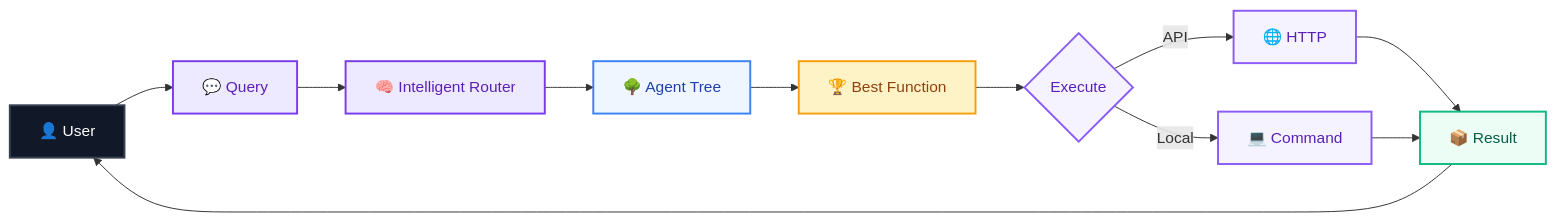
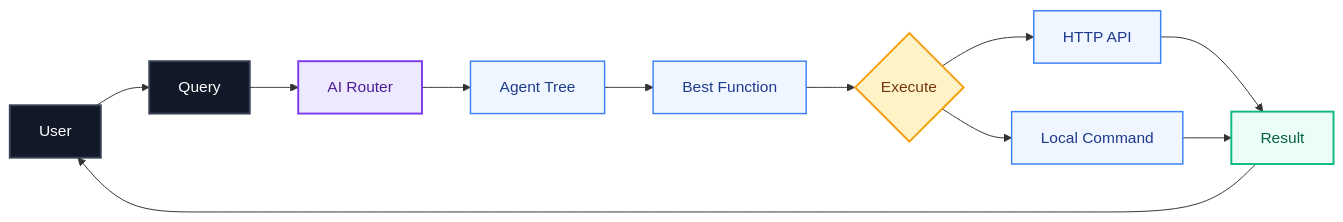
Before and after one commit to autotask05-pixel/quicktasksdesktopv3: the first of 8 diagrams in README.md, drawn with Mermaid. The commit also changed other lines of this file, not shown here.

````diff
--- a/README.md
+++ b/README.md
@@ -13,27 +15,26 @@
 ```mermaid
 flowchart LR
-    A["👤 User"] --> B["💬 Query"]
-    B --> C["🧠 Intelligent Router"]
-    C --> D["🌳 Agent Tree"]
-    D --> E["🏆 Best Function"]
-    E --> F{"Execute"}
-    F -->|API| G["🌐 HTTP"]
-    F -->|Local| H["💻 Command"]
-    G --> I["📦 Result"]
-    H --> I
-    I --> A
+    U["User"] --> Q["Query"]
+    Q --> R["AI Router"]
+    R --> T["Agent Tree"]
+    T --> F["Best Function"]
+    F --> X{"Execute"}
+    X --> H["HTTP API"]
+    X --> L["Local Command"]
+    H --> O["Result"]
+    L --> O
+    O --> U
 
-    classDef user fill:#111827,color:#fff,stroke:#374151,stroke-width:2px
-    classDef ai fill:#ede9fe,color:#5b21b6,stroke:#7c3aed,stroke-width:2px
-    classDef tree fill:#eff6ff,color:#1e40af,stroke:#3b82f6,stroke-width:2px
-    classDef function fill:#fef3c7,color:#92400e,stroke:#f59e0b,stroke-width:2px
-    classDef exec fill:#f5f3ff,color:#5b21b6,stroke:#8b5cf6,stroke-width:2px
-    classDef result fill:#ecfdf5,color:#065f46,stroke:#10b981,stroke-width:2px
+    classDef entry fill:#111827,color:#ffffff,stroke:#374151,stroke-width:2px
+    classDef ai fill:#ede9fe,color:#4c1d95,stroke:#7c3aed,stroke-width:2px
+    classDef system fill:#eff6ff,color:#1e3a8a,stroke:#3b82f6,stroke-width:1.5px
+    classDef decision fill:#fef3c7,color:#78350f,stroke:#f59e0b,stroke-width:2px
+    classDef output fill:#ecfdf5,color:#065f46,stroke:#10b981,stroke-width:2px
 
-    class A user
-    class B,C ai
-    class D tree
-    class E function
-    class F,G,H exec
-    class I result
+    class U,Q entry
+    class R ai
+    class T,F system
+    class X decision
+    class H,L system
+    class O output
 ```
````
